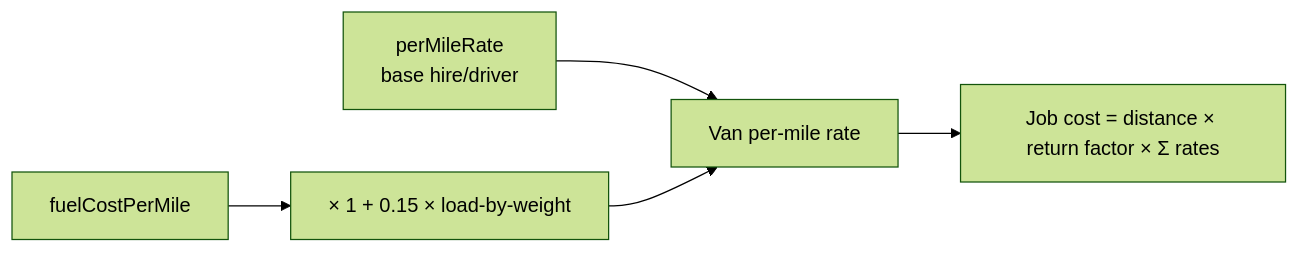
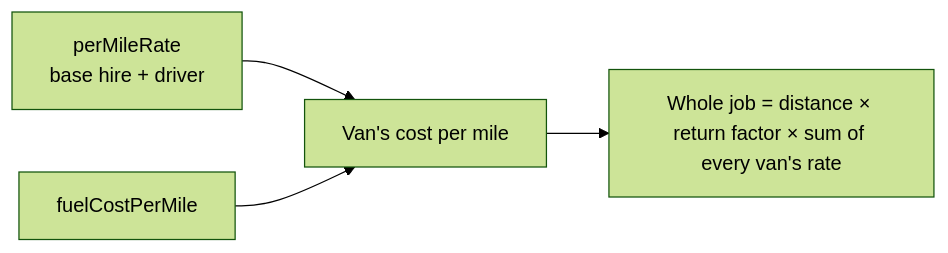
Before and after one commit to theShafCodes/logiVShaf: the second of 2 diagrams in shafs/docs/fleet-allocation.md, drawn with Mermaid (forest theme). The commit also changed other lines of this file and 60 other files, not shown here.

````diff
--- a/shafs/docs/fleet-allocation.md
+++ b/shafs/docs/fleet-allocation.md
@@ -75,7 +90,6 @@
 ```mermaid
 flowchart LR
-    R1[perMileRate<br/>base hire/driver] --> SUM[Van per-mile rate]
-    R2[fuelCostPerMile] --> F[× 1 + 0.15 × load-by-weight]
-    F --> SUM
-    SUM --> J[Job cost = distance × return factor × Σ rates]
+    R1[perMileRate<br/>base hire + driver] --> SUM[Van's cost per mile]
+    R2[fuelCostPerMile] --> SUM
+    SUM --> J[Whole job = distance × return factor × sum of every van's rate]
 ```
````
